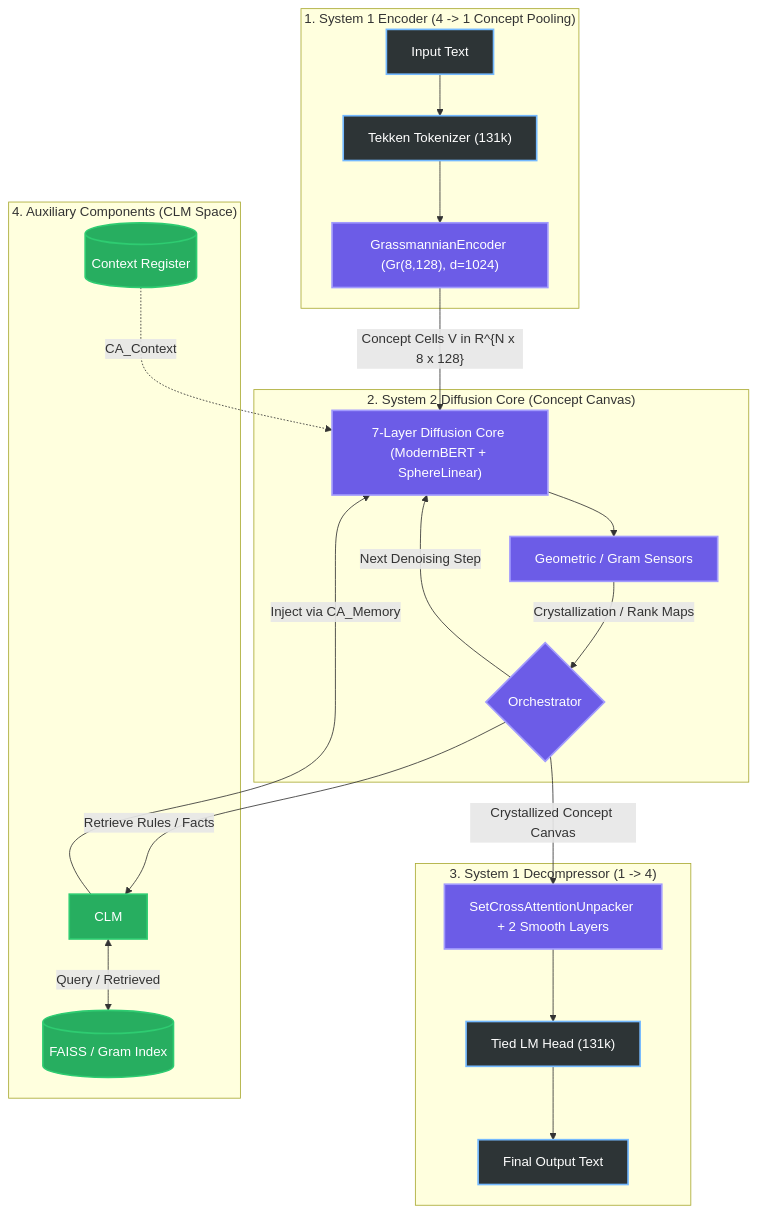
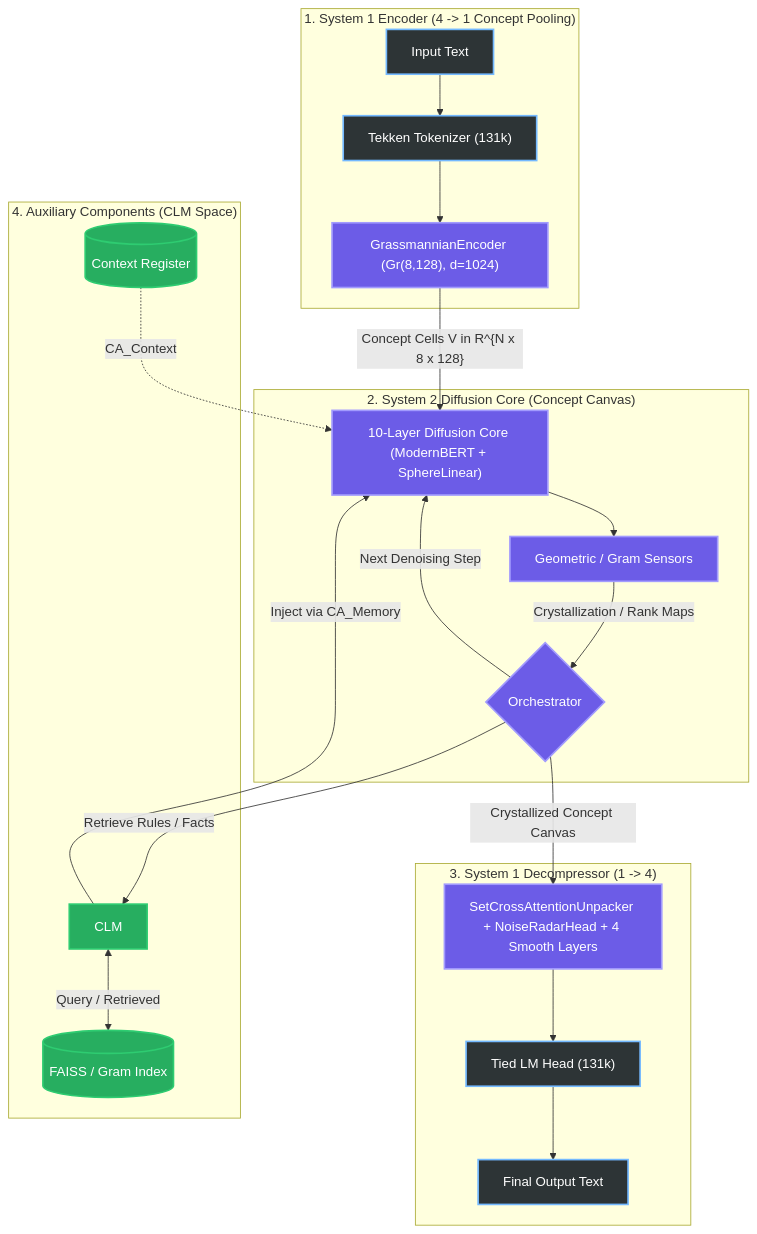
The diagram in README.md (Laeryid/BEBLaDII), drawn with Mermaid before and after one commit. The commit also changed other lines of this file and 1 other file, not shown here.

````diff
--- a/README.md
+++ b/README.md
@@ -35,40 +35,40 @@
 ```mermaid
 flowchart TD
     classDef verbal fill:#2d3436,stroke:#74b9ff,stroke-width:2px,color:#fff
     classDef latent fill:#6c5ce7,stroke:#a29bfe,stroke-width:2px,color:#fff
     classDef clm fill:#27ae60,stroke:#2ecc71,stroke-width:2px,color:#fff
 
     subgraph S1_IN ["1. System 1 Encoder (4 -> 1 Concept Pooling)"]
         A["Input Text"] --> B["Tekken Tokenizer (131k)"]
         B --> C["GrassmannianEncoder (Gr(8,128), d=1024)"]
     end
 
     subgraph S2 ["2. System 2 Diffusion Core (Concept Canvas)"]
-        E["7-Layer Diffusion Core (ModernBERT + SphereLinear)"]
+        E["10-Layer Diffusion Core (ModernBERT + SphereLinear)"]
         F["Geometric / Gram Sensors"]
         G{"Orchestrator"}
 
         E --> F
         F -->|"Crystallization / Rank Maps"| G
         G -->|"Next Denoising Step"| E
     end
 
     subgraph S1_OUT ["3. System 1 Decompressor (1 -> 4)"]
-        P["SetCrossAttentionUnpacker + 2 Smooth Layers"] --> J["Tied LM Head (131k)"]
+        P["SetCrossAttentionUnpacker + NoiseRadarHead + 4 Smooth Layers"] --> J["Tied LM Head (131k)"]
         J --> M["Final Output Text"]
     end
 
     subgraph MEM ["4. Auxiliary Components (CLM Space)"]
         TC[("Context Register")] -.->|"CA_Context"| E
         G -->|"Retrieve Rules / Facts"| H["CLM"]
         H <-->|"Query / Retrieved"| I[("FAISS / Gram Index")]
         H -->|"Inject via CA_Memory"| E
     end
 
     C -->|"Concept Cells V in R^{N x 8 x 128}"| E
     G -->|"Crystallized Concept Canvas"| P
 
     class A,B,J,M verbal
     class C,E,F,G,P latent
     class H,I,TC clm
 ```
````
